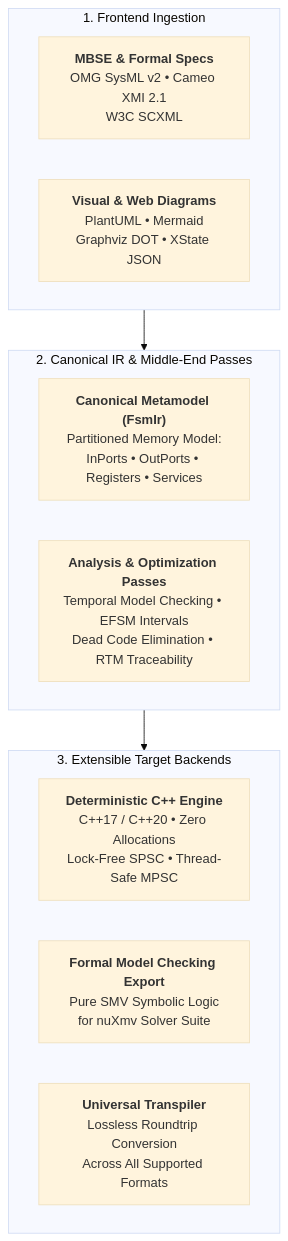
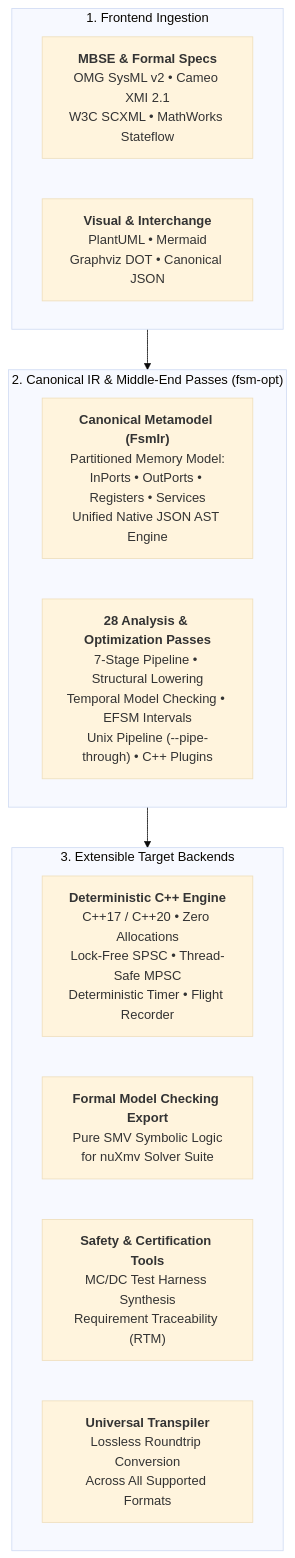
Before and after one commit to simoneCavalleri/fsmc: the diagram in README.md, drawn with Mermaid (base theme). The commit also changed other lines of this file and 428 other files, not shown here.

First line of the commit message:
feat(release): formal release v0.6.0 - formal completeness, 30-pass pipeline, standalone runtimes, and documentation parity

````diff
--- a/README.md
+++ b/README.md
@@ -30,21 +29,22 @@
 ```mermaid
 flowchart TD
     subgraph Ingestion["1. Frontend Ingestion"]
-        SysML["<b>MBSE & Formal Specs</b><br/>OMG SysML v2 • Cameo XMI 2.1<br/>W3C SCXML"]
-        Diagrams["<b>Visual & Web Diagrams</b><br/>PlantUML • Mermaid<br/>Graphviz DOT • XState JSON"]
+        SysML["<b>MBSE & Formal Specs</b><br/>OMG SysML v2 • Cameo XMI 2.1<br/>W3C SCXML • MathWorks Stateflow"]
+        Diagrams["<b>Visual & Interchange</b><br/>PlantUML • Mermaid<br/>Graphviz DOT • Canonical JSON"]
     end
 
-    subgraph Compiler["2. Canonical IR & Middle-End Passes"]
-        IR["<b>Canonical Metamodel (FsmIr)</b><br/>Partitioned Memory Model:<br/>InPorts • OutPorts • Registers • Services"]
-        Passes["<b>Analysis & Optimization Passes</b><br/>Temporal Model Checking • EFSM Intervals<br/>Dead Code Elimination • RTM Traceability"]
+    subgraph Compiler["2. Canonical IR & Middle-End Passes (fsm-opt)"]
+        IR["<b>Canonical Metamodel (FsmIr)</b><br/>Partitioned Memory Model:<br/>InPorts • OutPorts • Registers • Services<br/>Unified Native JSON AST Engine"]
+        Passes["<b>28 Analysis & Optimization Passes</b><br/>7-Stage Pipeline • Structural Lowering<br/>Temporal Model Checking • EFSM Intervals<br/>Unix Pipeline (--pipe-through) • C++ Plugins"]
     end
 
     subgraph Targets["3. Extensible Target Backends"]
-        CPP["<b>Deterministic C++ Engine</b><br/>C++17 / C++20 • Zero Allocations<br/>Lock-Free SPSC • Thread-Safe MPSC"]
+        CPP["<b>Deterministic C++ Engine</b><br/>C++17 / C++20 • Zero Allocations<br/>Lock-Free SPSC • Thread-Safe MPSC<br/>Deterministic Timer • Flight Recorder"]
         SMV["<b>Formal Model Checking Export</b><br/>Pure SMV Symbolic Logic<br/>for nuXmv Solver Suite"]
+        Safety["<b>Safety & Certification Tools</b><br/>MC/DC Test Harness Synthesis<br/>Requirement Traceability (RTM)"]
         Transpile["<b>Universal Transpiler</b><br/>Lossless Roundtrip Conversion<br/>Across All Supported Formats"]
     end
 
     Ingestion --> Compiler
     Compiler --> Targets
 ```
````
